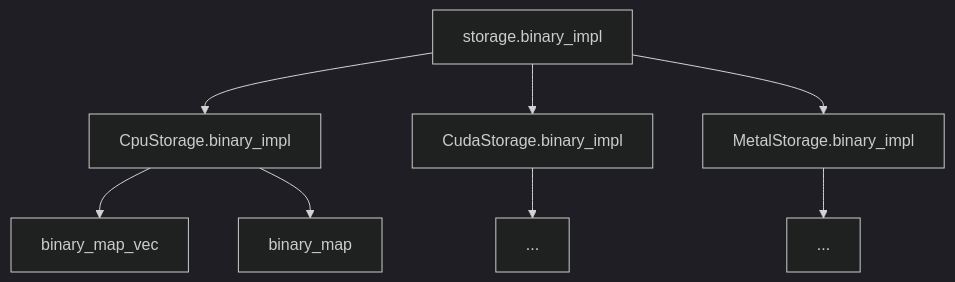
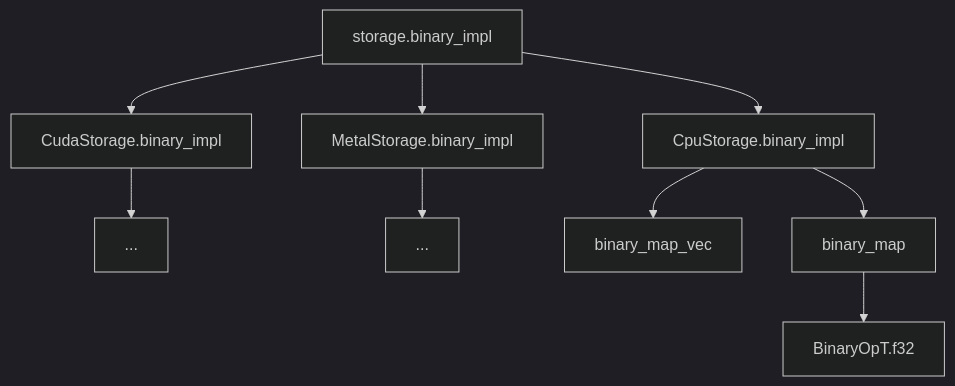
One commit to xiaoniaoyouhuajiang/ClassNotebook changed the diagram in 深度学习落地的道与术/candle-tensor的设计.md. Above: the diagram before and after it, drawn with Mermaid (dark theme). The commit also changed other lines of this file and 3 other files, not shown here.

````diff
--- a/深度学习落地的道与术/candle-tensor的设计.md
+++ b/深度学习落地的道与术/candle-tensor的设计.md
@@ -783,10 +796,11 @@
 ```mermaid
 graph TD
     A[storage.binary_impl] --> B1[CpuStorage.binary_impl]
     A[storage.binary_impl] --> B2[CudaStorage.binary_impl]
     A[storage.binary_impl] --> B3[MetalStorage.binary_impl]
     B2 --> C2[...]
     B3 --> C3[...]
     B1 --> C11[binary_map_vec]
     B1 --> C13[binary_map]
+    C13 --> D1[BinaryOpT.f32]
 ```
````
